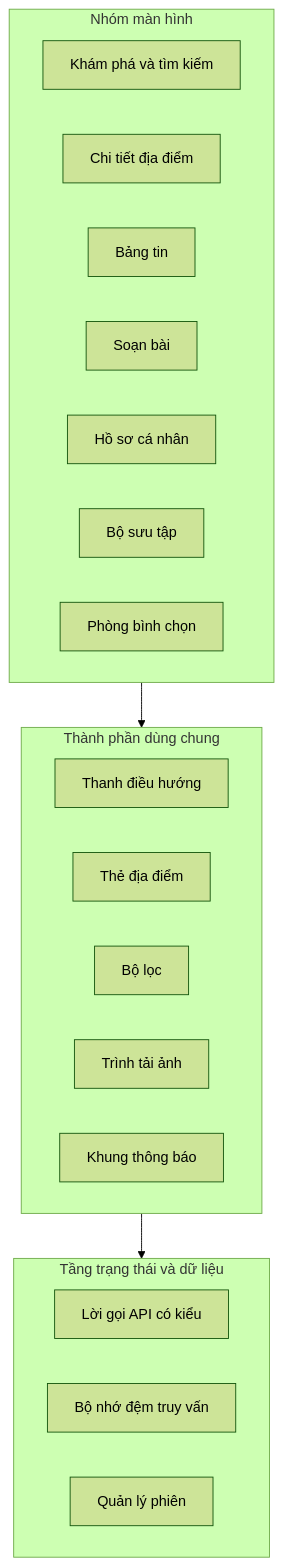
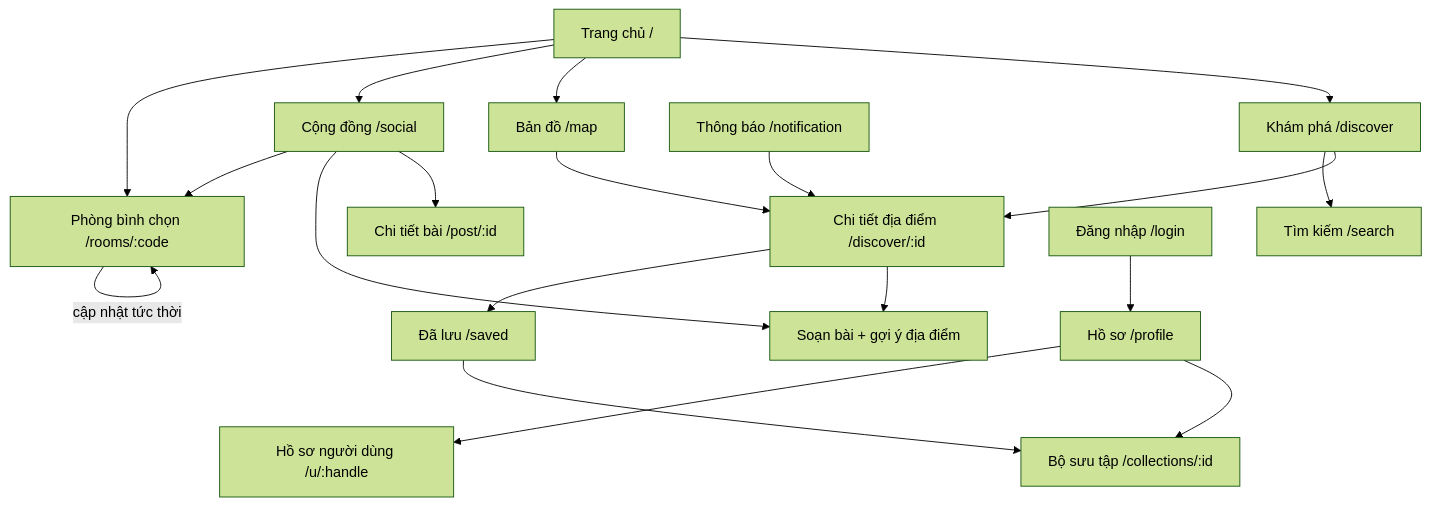
One commit to longqt321/Rendez-PBL6 changed the tenth of 13 diagrams in docs/bao-cao/BAO-CAO-DO-AN.md. Above: the diagram before and after it, drawn with Mermaid (forest theme). The commit also changed other lines of this file and 6 other files, not shown here.

First line of the commit message:
docs(report): bổ sung 6 ảnh giao diện thực tế và hoàn thiện báo cáo

````diff
--- a/docs/bao-cao/BAO-CAO-DO-AN.md
+++ b/docs/bao-cao/BAO-CAO-DO-AN.md
@@ -1020,29 +906,21 @@
 ```mermaid
-flowchart TB
-    subgraph Pages["Nhóm màn hình"]
-        P1["Khám phá và tìm kiếm"]
-        P2["Chi tiết địa điểm"]
-        P3["Bảng tin"]
-        P4["Soạn bài"]
-        P5["Hồ sơ cá nhân"]
-        P6["Bộ sưu tập"]
-        P7["Phòng bình chọn"]
-    end
-
-    subgraph Shared["Thành phần dùng chung"]
-        S1["Thanh điều hướng"]
-        S2["Thẻ địa điểm"]
-        S3["Bộ lọc"]
-        S4["Trình tải ảnh"]
-        S5["Khung thông báo"]
-    end
-
-    subgraph State["Tầng trạng thái và dữ liệu"]
-        D1["Lời gọi API có kiểu"]
-        D2["Bộ nhớ đệm truy vấn"]
-        D3["Quản lý phiên"]
-    end
-
-    Pages --> Shared
-    Shared --> State
+flowchart TD
+    Home["Trang chủ /"] --> Discover["Khám phá /discover"]
+    Home --> Map["Bản đồ /map"]
+    Discover --> Detail["Chi tiết địa điểm /discover/:id"]
+    Map --> Detail
+    Discover --> Search["Tìm kiếm /search"]
+    Home --> Social["Cộng đồng /social"]
+    Social --> Post["Chi tiết bài /post/:id"]
+    Social --> Compose["Soạn bài + gợi ý địa điểm"]
+    Detail --> Compose
+    Detail --> Saved["Đã lưu /saved"]
+    Saved --> Collection["Bộ sưu tập /collections/:id"]
+    Home --> Room["Phòng bình chọn /rooms/:code"]
+    Social --> Room
+    Room -->|"cập nhật tức thời"| Room
+    Profile["Hồ sơ /profile"] --> Collection
+    Profile --> UserProfile["Hồ sơ người dùng /u/:handle"]
+    Notif["Thông báo /notification"] --> Detail
+    Auth["Đăng nhập /login"] --> Profile
 ```
````
